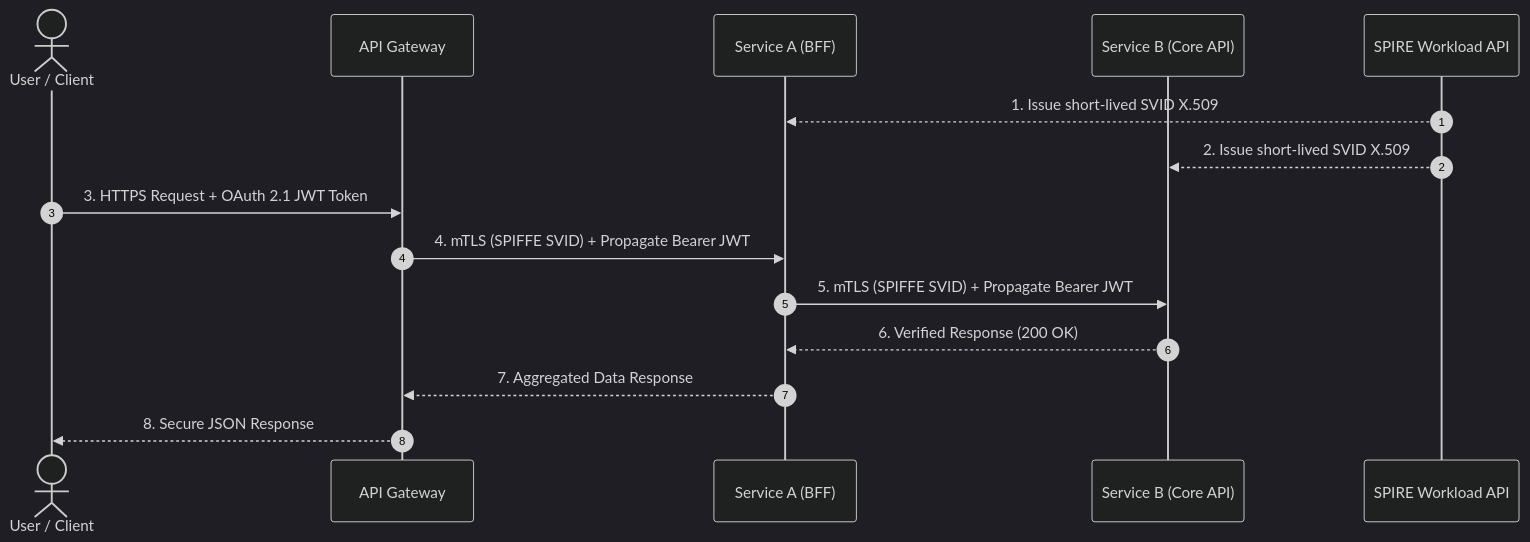
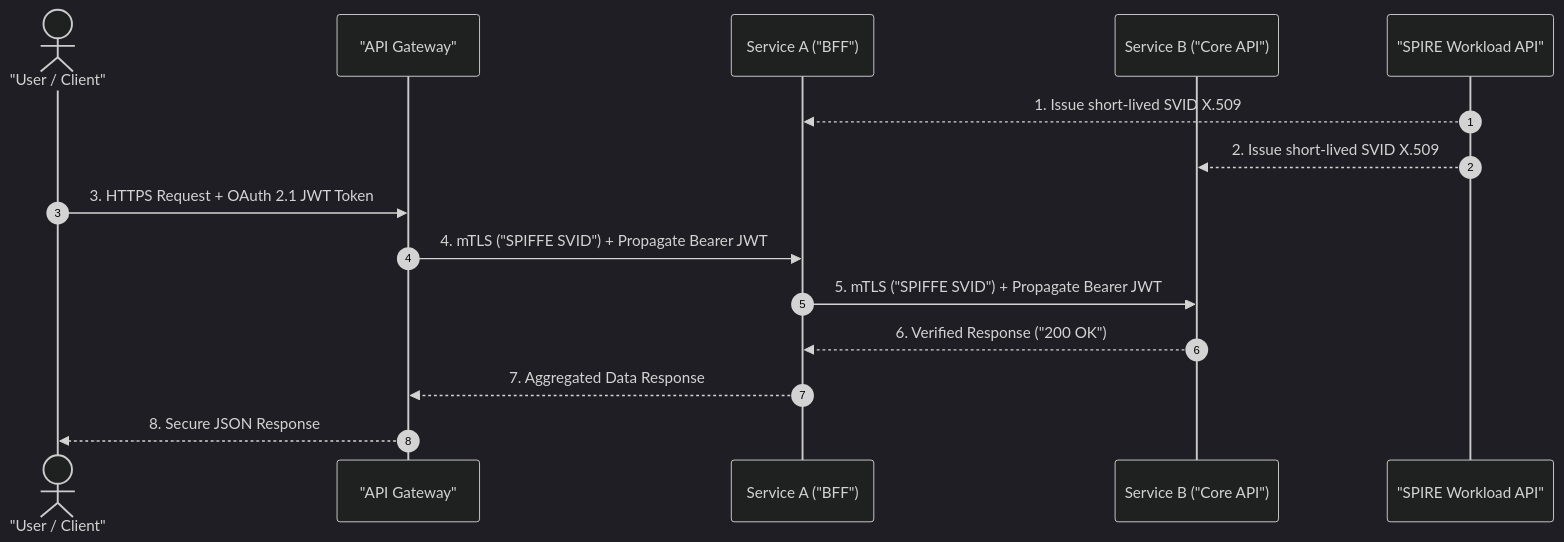
The diagram in content/series/cornerstone-technologies/zero-trust-architecture-microservices.md (vesviet/vesviet), drawn with Mermaid (dark theme) before and after one commit. The commit also changed other lines of this file and 331 other files, not shown here.

````diff
--- a/content/series/cornerstone-technologies/zero-trust-architecture-microservices.md
+++ b/content/series/cornerstone-technologies/zero-trust-architecture-microservices.md
@@ -69,18 +72,18 @@
 ```mermaid
 sequenceDiagram
     autonumber
-    actor User as User / Client
-    participant GW as API Gateway
-    participant SvcA as Service A (BFF)
-    participant SvcB as Service B (Core API)
-    participant SPIRE as SPIRE Workload API
+    actor User as "User / Client"
+    participant GW as "API Gateway"
+    participant SvcA as Service A ("BFF")
+    participant SvcB as Service B ("Core API")
+    participant SPIRE as "SPIRE Workload API"
 
     SPIRE-->>SvcA: 1. Issue short-lived SVID X.509
     SPIRE-->>SvcB: 2. Issue short-lived SVID X.509
     User->>GW: 3. HTTPS Request + OAuth 2.1 JWT Token
-    GW->>SvcA: 4. mTLS (SPIFFE SVID) + Propagate Bearer JWT
-    SvcA->>SvcB: 5. mTLS (SPIFFE SVID) + Propagate Bearer JWT
-    SvcB-->>SvcA: 6. Verified Response (200 OK)
+    GW->>SvcA: 4. mTLS ("SPIFFE SVID") + Propagate Bearer JWT
+    SvcA->>SvcB: 5. mTLS ("SPIFFE SVID") + Propagate Bearer JWT
+    SvcB-->>SvcA: 6. Verified Response ("200 OK")
     SvcA-->>GW: 7. Aggregated Data Response
     GW-->>User: 8. Secure JSON Response
 ```
````
